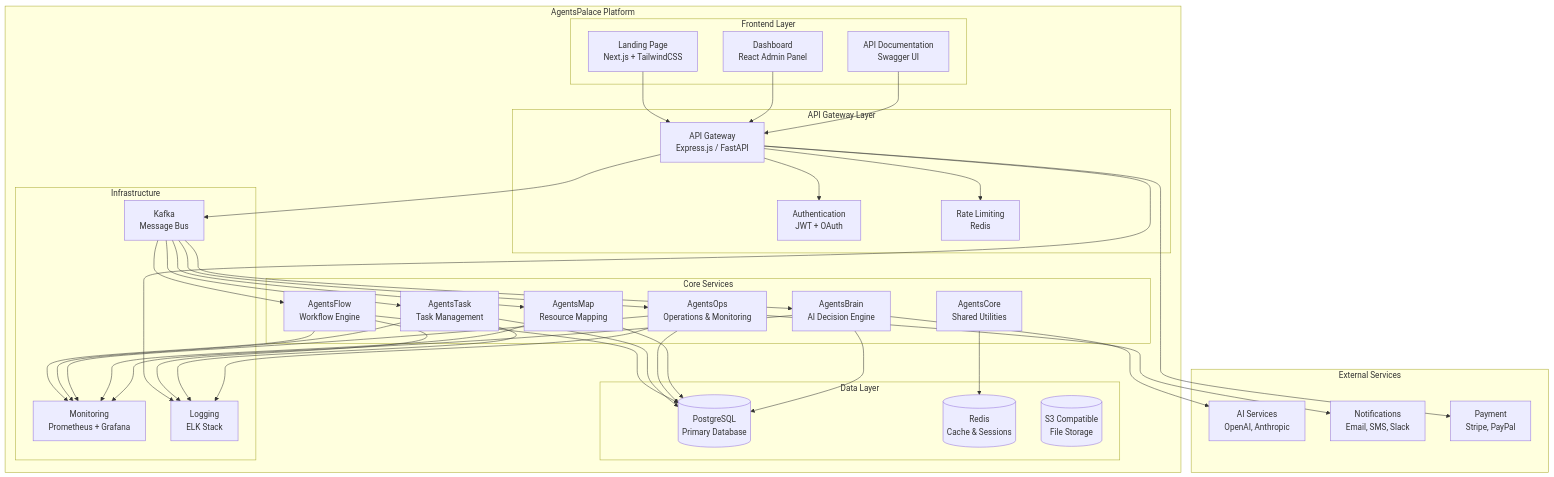
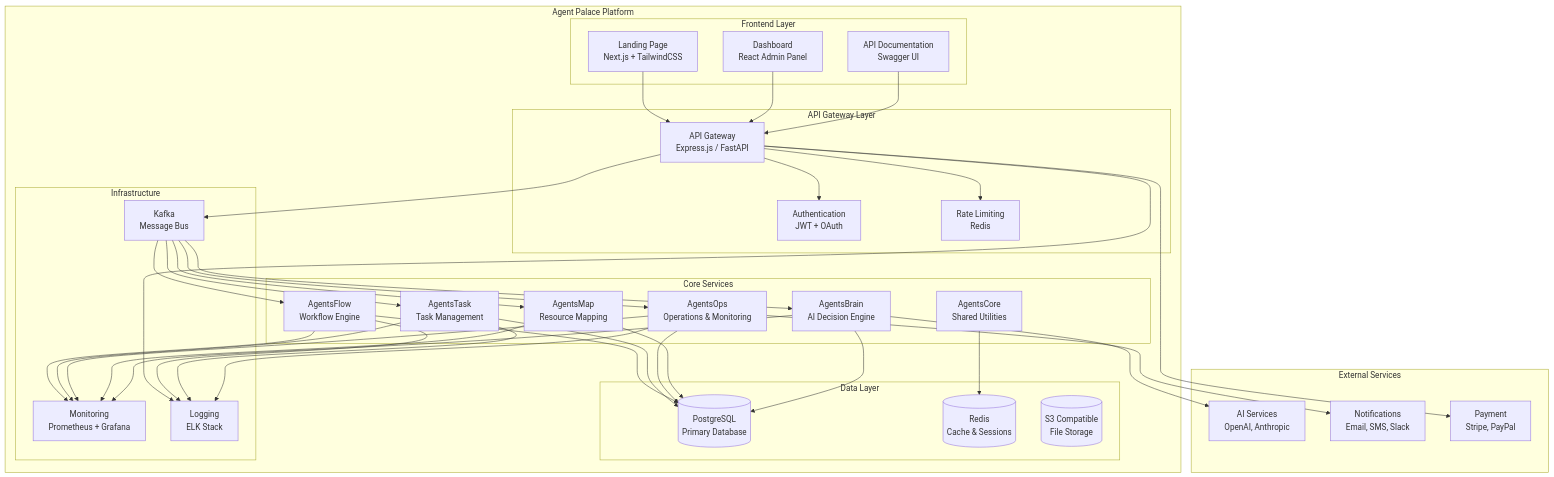
One commit to kaplayan-atakan/agentsPalace changed the diagram in docs/architecture/system-architecture.md. Above: the diagram before and after it, drawn with Mermaid. The commit also changed other lines of this file and 24 other files, not shown here.

Commit message:
Add brand name change proposal and detailed module documentation guidelines for Agent Palace

````diff
--- a/docs/architecture/system-architecture.md
+++ b/docs/architecture/system-architecture.md
@@ -7,6 +7,6 @@
 ```mermaid
 flowchart TB
-    subgraph "AgentsPalace Platform"
+    subgraph "Agent Palace Platform"
         subgraph "Frontend Layer"
             LP[Landing Page<br/>Next.js + TailwindCSS]
             DA[Dashboard<br/>React Admin Panel]
````
